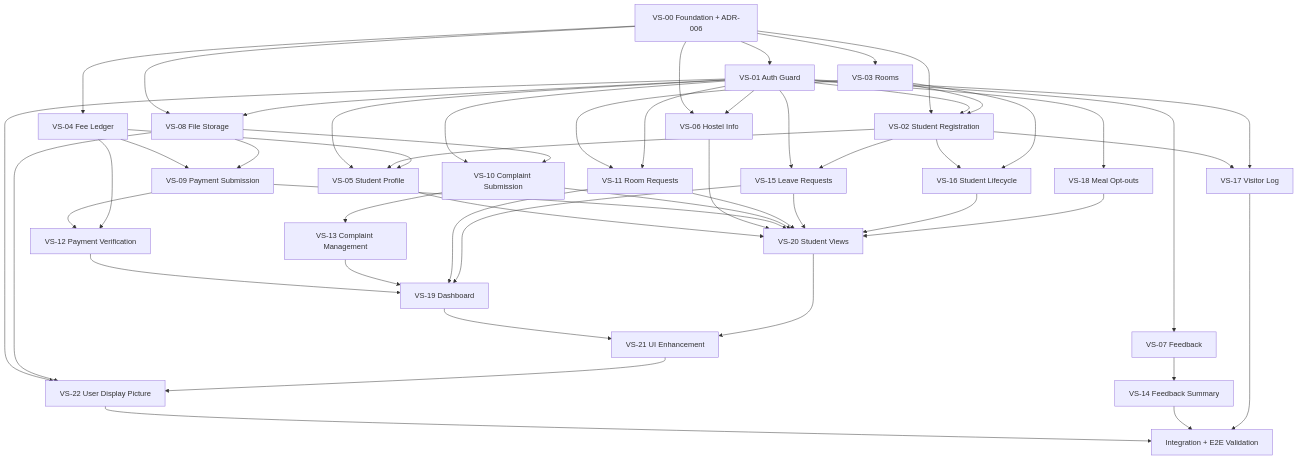
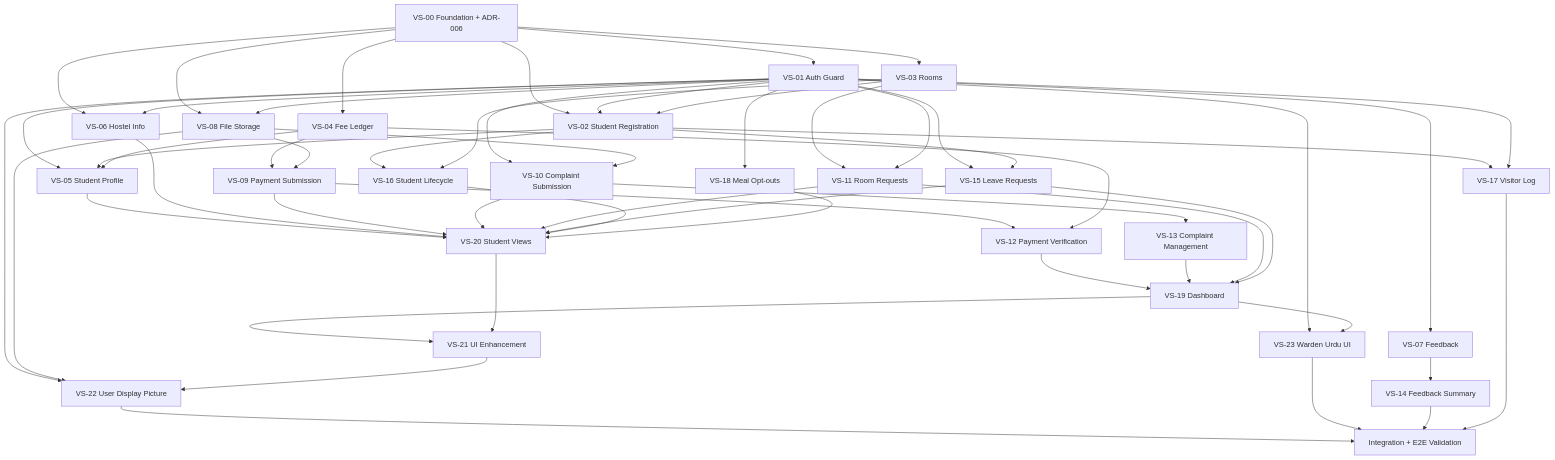
Before and after one commit to i253146-adnan1/HostelEase: the diagram in plan.md, drawn with Mermaid. The commit also changed other lines of this file and 10 other files, not shown here.

Commit message:
docs(plan): document VS-23 Warden Dashboard Urdu language support (v11)

````diff
--- a/plan.md
+++ b/plan.md
@@ -626,6 +638,7 @@
     U["VS-20 Student Views"]
     W["VS-21 UI Enhancement"]
     X["VS-22 User Display Picture"]
+    Y["VS-23 Warden Urdu UI"]
     V["Integration + E2E Validation"]
 
     A --> B
@@ -676,7 +689,10 @@
     B --> X
     I --> X
     W --> X
+    B --> Y
+    T --> Y
     X --> V
+    Y --> V
     O --> V
     R --> V
 ```
````
